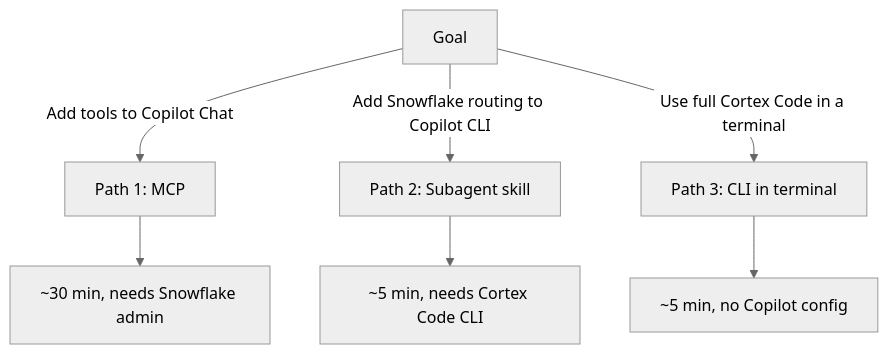
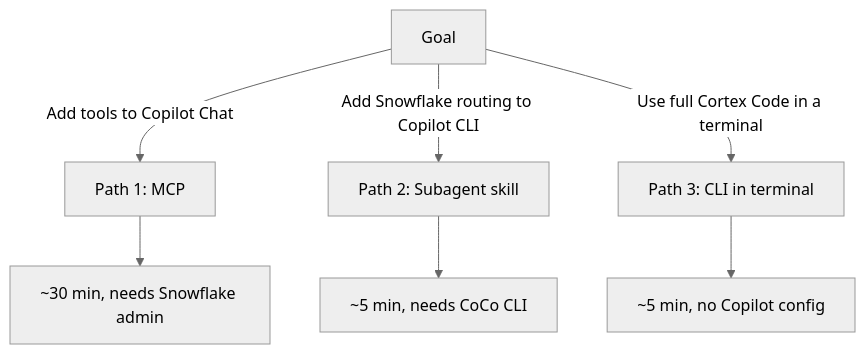
Before and after one commit to sfc-gh-miwhitaker/sfe-public: the second of 2 diagrams in guide-vscode-copilot-cortex/README.md, drawn with Mermaid (neutral theme). The commit also changed other lines of this file and 7 other files, not shown here.

Commit message:
docs(guide-vscode-copilot-cortex): rename Cortex Code to CoCo post-Summit 26

````diff
--- a/guide-vscode-copilot-cortex/README.md
+++ b/guide-vscode-copilot-cortex/README.md
@@ -32,18 +36,18 @@
 ```mermaid
 flowchart TD
     Start["Goal"]
     Path1["Path 1: MCP"]
     Path2["Path 2: Subagent skill"]
     Path3["Path 3: CLI in terminal"]
     P1Result["~30 min, needs Snowflake admin"]
-    P2Result["~5 min, needs Cortex Code CLI"]
+    P2Result["~5 min, needs CoCo CLI"]
     P3Result["~5 min, no Copilot config"]
 
     Start -->|"Add tools to Copilot Chat"| Path1
     Start -->|"Add Snowflake routing to Copilot CLI"| Path2
     Start -->|"Use full Cortex Code in a terminal"| Path3
 
     Path1 --> P1Result
     Path2 --> P2Result
     Path3 --> P3Result
 ```
````
